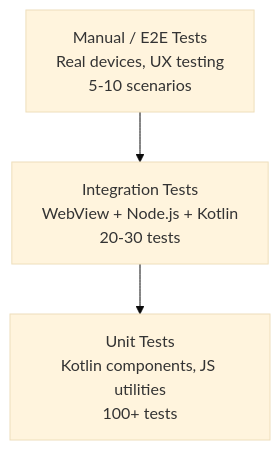
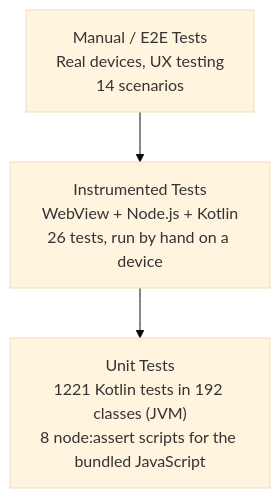
One commit to cuixinyuan666/vscodroid changed the first of 3 diagrams in docs/07-TESTING_STRATEGY.md. Above: the diagram before and after it, drawn with Mermaid (base theme). The commit also changed other lines of this file and 11 other files, not shown here.

````diff
--- a/docs/07-TESTING_STRATEGY.md
+++ b/docs/07-TESTING_STRATEGY.md
@@ -30,5 +23,5 @@
 ```mermaid
 flowchart TD
-  E2E["Manual / E2E Tests<br/>Real devices, UX testing<br/>5-10 scenarios"] --> INT["Integration Tests<br/>WebView + Node.js + Kotlin<br/>20-30 tests"]
-  INT --> UNIT["Unit Tests<br/>Kotlin components, JS utilities<br/>100+ tests"]
+  E2E["Manual / E2E Tests<br/>Real devices, UX testing<br/>14 scenarios"] --> INT["Instrumented Tests<br/>WebView + Node.js + Kotlin<br/>26 tests, run by hand on a device"]
+  INT --> UNIT["Unit Tests<br/>1221 Kotlin tests in 192 classes (JVM)<br/>8 node:assert scripts for the bundled JavaScript"]
 ```
````
